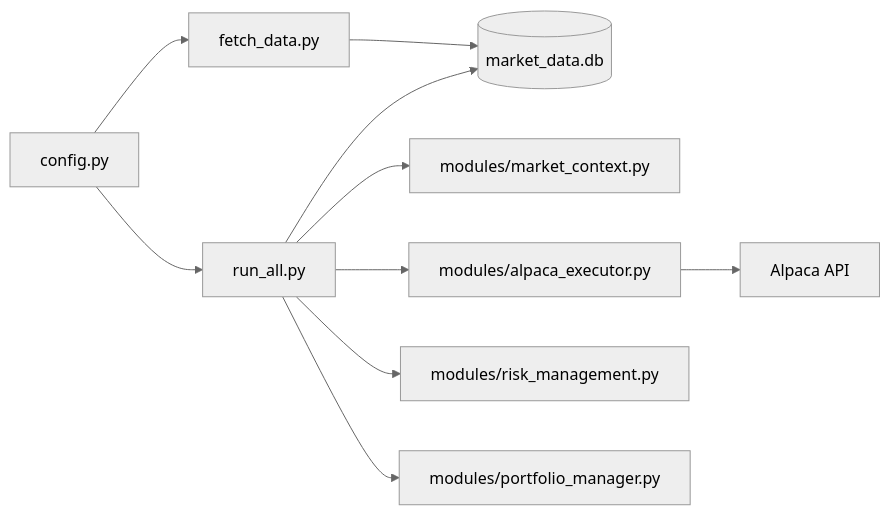
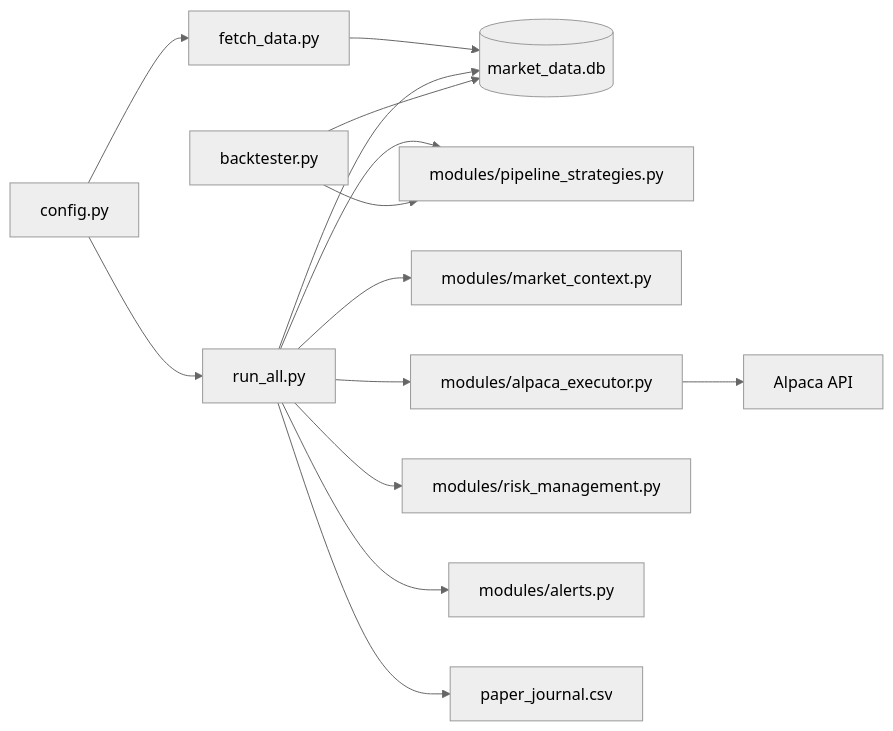
Before and after one commit to dawimberly/trading-bot: the diagram in README.md, drawn with Mermaid (neutral theme). The commit also changed other lines of this file and 24 other files, not shown here.

````diff
--- a/README.md
+++ b/README.md
@@ -7,12 +7,16 @@
 ```mermaid
 flowchart LR
   config[config.py] --> fetchData[fetch_data.py]
   config --> runAll[run_all.py]
   fetchData --> db[(market_data.db)]
   runAll --> db
+  runAll --> strategies[modules/pipeline_strategies.py]
   runAll --> marketCtx[modules/market_context.py]
   runAll --> executor[modules/alpaca_executor.py]
   runAll --> risk[modules/risk_management.py]
-  runAll --> portfolio[modules/portfolio_manager.py]
+  runAll --> alerts[modules/alerts.py]
+  runAll --> journal[paper_journal.csv]
+  backtester[backtester.py] --> strategies
+  backtester --> db
   executor --> alpaca[Alpaca API]
 ```
````
